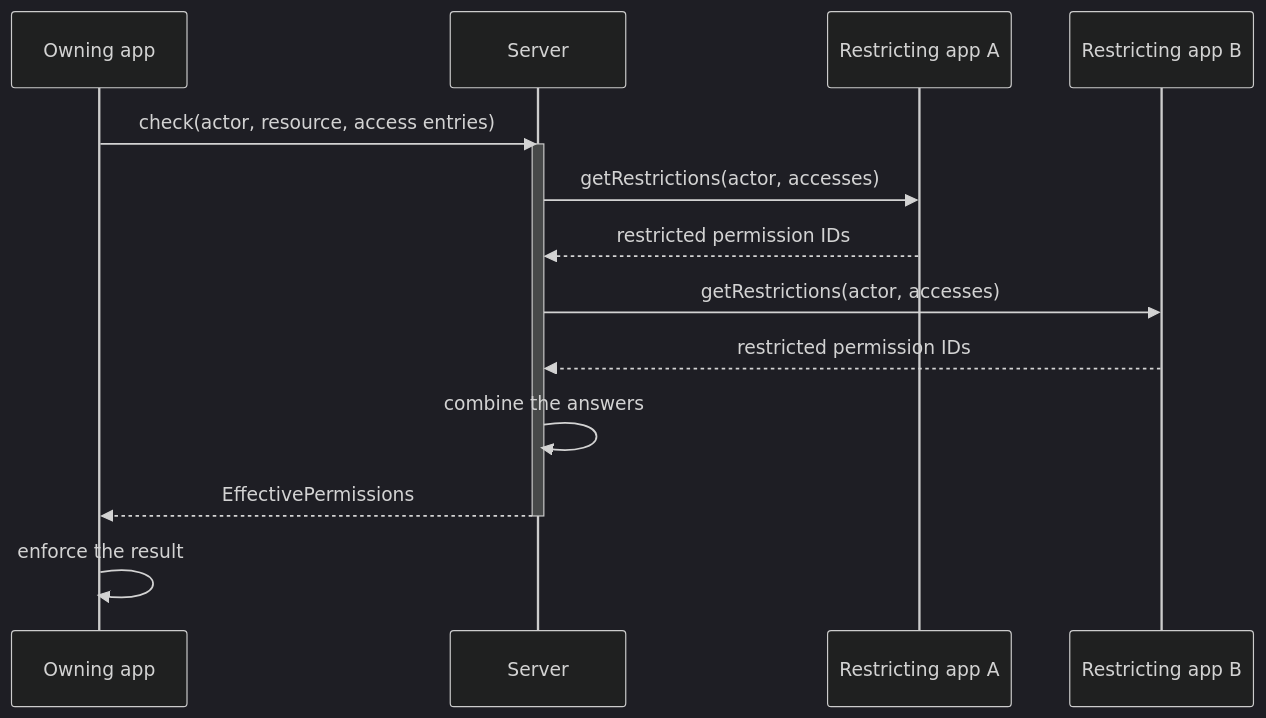
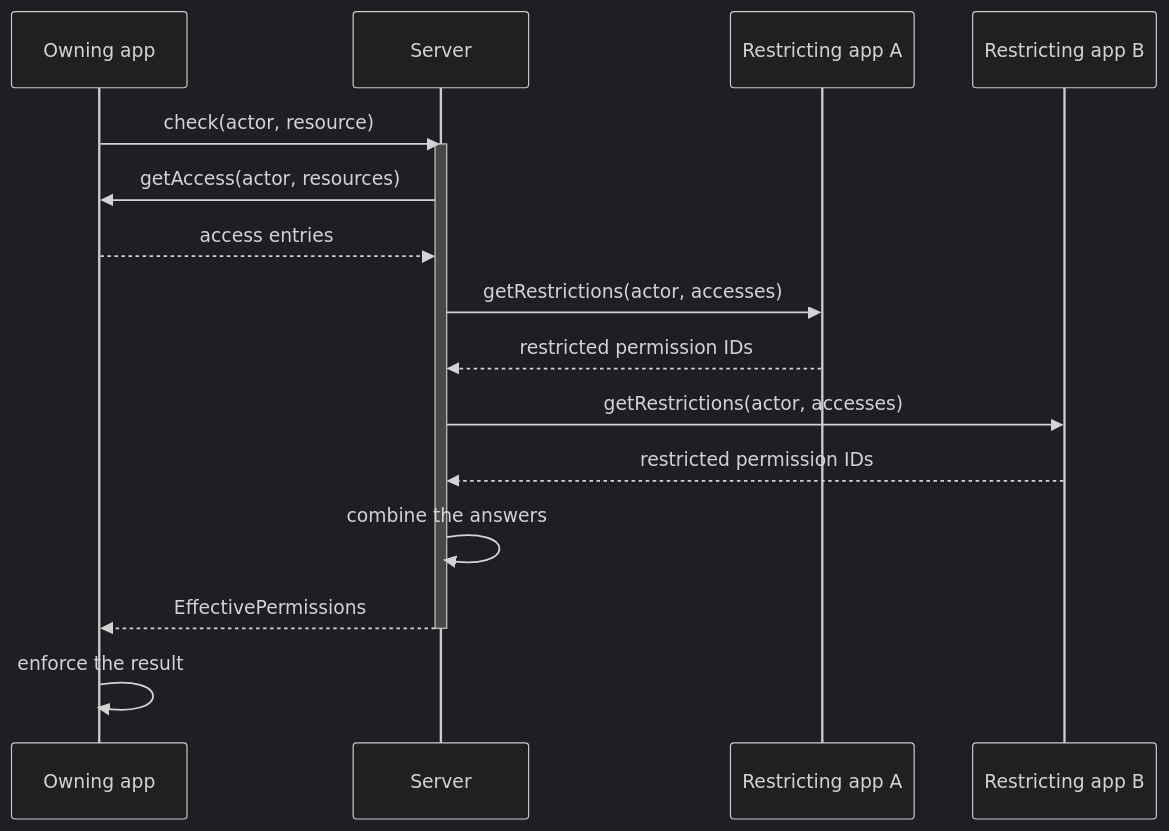
One commit to nextcloud/documentation changed the first of 4 diagrams in developer_manual/digging_deeper/resource_permissions.rst. Above: the diagram before and after it, drawn with Mermaid (dark theme). The commit also changed other lines of this file and 1 other file, not shown here.

First line of the commit message:
docs(developer): document the access of an actor in the resource permissions API

```diff
--- a/developer_manual/digging_deeper/resource_permissions.rst
+++ b/developer_manual/digging_deeper/resource_permissions.rst
@@ -34,18 +36,20 @@
 .. mermaid::
 
     sequenceDiagram
         participant O as Owning app
         participant S as Server
         participant A as Restricting app A
         participant B as Restricting app B
 
-        O->>S: check(actor, resource, access entries)
+        O->>S: check(actor, resource)
         activate S
+        S->>O: getAccess(actor, resources)
+        O-->>S: access entries
         S->>A: getRestrictions(actor, accesses)
         A-->>S: restricted permission IDs
         S->>B: getRestrictions(actor, accesses)
         B-->>S: restricted permission IDs
         S->>S: combine the answers
         S-->>O: EffectivePermissions
         deactivate S
         O->>O: enforce the result
```
